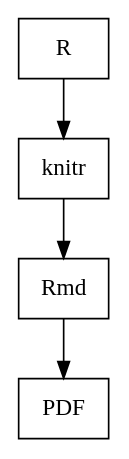
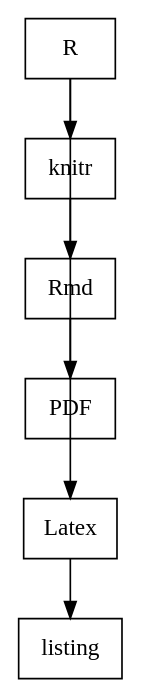
The diagram in R/R2Tex.org (bwtian/learnRviaCode), drawn with Graphviz before and after one commit. The commit also changed other lines of this file and 1 other file, not shown here.

```diff
--- a/R/R2Tex.org
+++ b/R/R2Tex.org
@@ -4,20 +4,21 @@
 #+BEGIN_SRC dot :file ./r2tex.svg
 digraph {
 rankdir=LR;
 fontname="Times";
 fontsize = 12;
 splines = false;
 ranksep = 0.5;
 nodesep = 0.5;
 edge[constraint=false];
 node [shape = box]
 //1. set node
 R [label = "R"]
 
 //2. set path
 R -> knitr -> Rmd -> PDF
+R -> Latex -> listing
 
 //3. set rank
 
 }
 #+END_SRC
```
